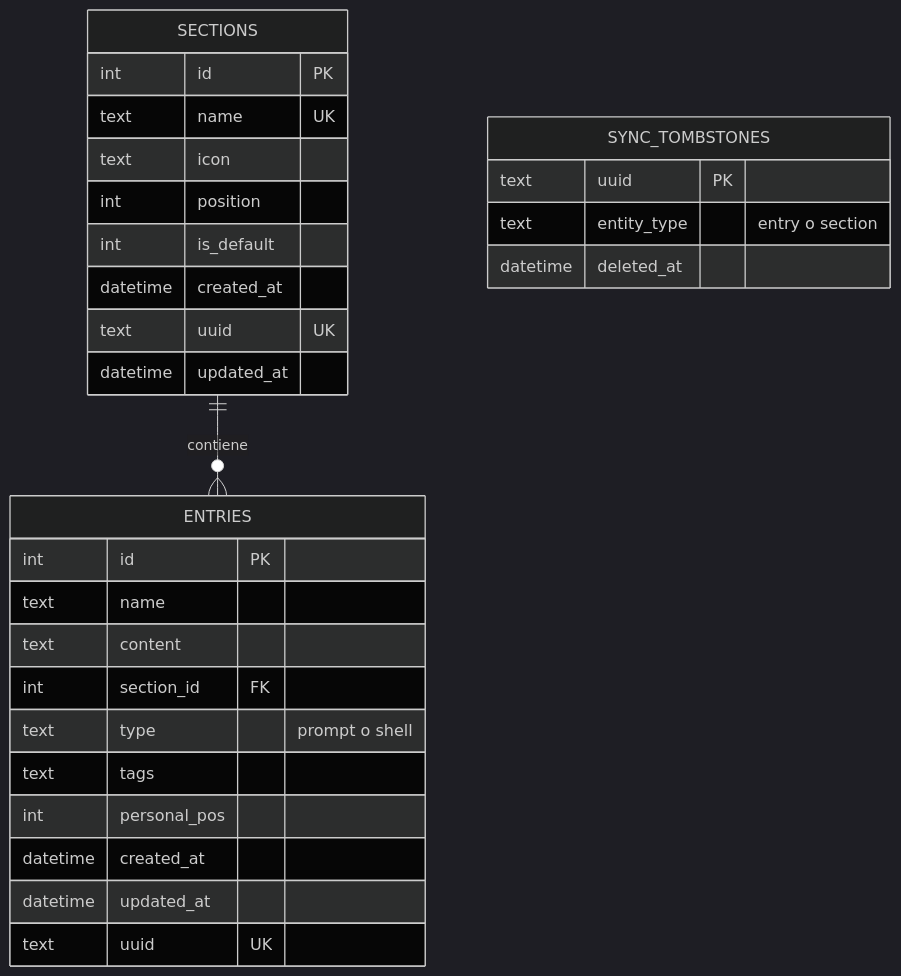
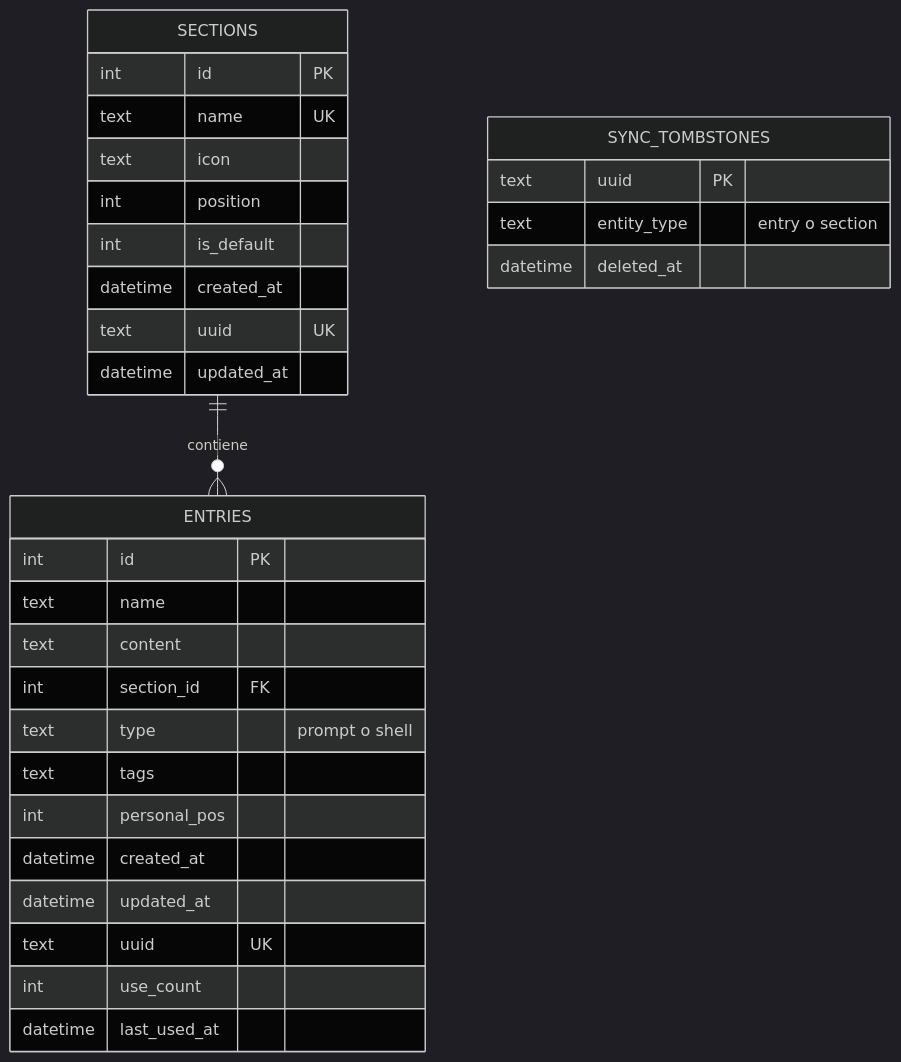
One commit to AndreaBonn/command-quiver changed the third of 6 diagrams in docs/ARCHITECTURE.it.md. Above: the diagram before and after it, drawn with Mermaid (dark theme). The commit also changed other lines of this file and 16 other files, not shown here.

First line of the commit message:
docs: realign README, architecture and security docs with the reworked UI

````diff
--- a/docs/ARCHITECTURE.it.md
+++ b/docs/ARCHITECTURE.it.md
@@ -94,34 +94,36 @@
 ```mermaid
 erDiagram
   SECTIONS {
     int id PK
     text name UK
     text icon
     int position
     int is_default
     datetime created_at
     text uuid UK
     datetime updated_at
   }
 
   ENTRIES {
     int id PK
     text name
     text content
     int section_id FK
     text type "prompt o shell"
     text tags
     int personal_pos
     datetime created_at
     datetime updated_at
     text uuid UK
+    int use_count
+    datetime last_used_at
   }
 
   SYNC_TOMBSTONES {
     text uuid PK
     text entity_type "entry o section"
     datetime deleted_at
   }
 
   SECTIONS ||--o{ ENTRIES : "contiene"
 ```
````
